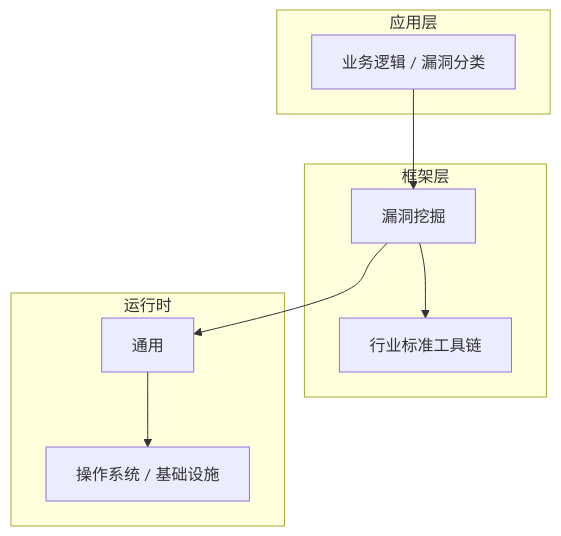
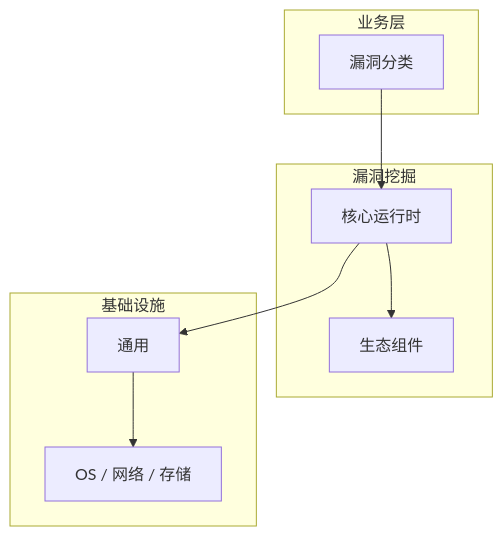
One commit to yanggan2015/knowledge-json-v2 changed the diagram in articles/漏洞挖掘/chapters/007-漏洞分类核心概念与原理.md. Above: the diagram before and after it, drawn with Mermaid. The commit also changed other lines of this file and 10127 other files, not shown here.

````diff
--- a/articles/漏洞挖掘/chapters/007-漏洞分类核心概念与原理.md
+++ b/articles/漏洞挖掘/chapters/007-漏洞分类核心概念与原理.md
@@ -46,18 +31,18 @@
 ```mermaid
 graph TB
-    subgraph 应用层
-        A[业务逻辑 / 漏洞分类]
+    subgraph 业务层
+        A[漏洞分类]
     end
-    subgraph 框架层
-        B[漏洞挖掘]
-        C[行业标准工具链]
+    subgraph 漏洞挖掘
+        B[核心运行时]
+        C[生态组件]
     end
-    subgraph 运行时
+    subgraph 基础设施
         D[通用]
-        E[操作系统 / 基础设施]
+        E[OS / 网络 / 存储]
     end
     A --> B
     B --> C
     B --> D
     D --> E
 ```
````
